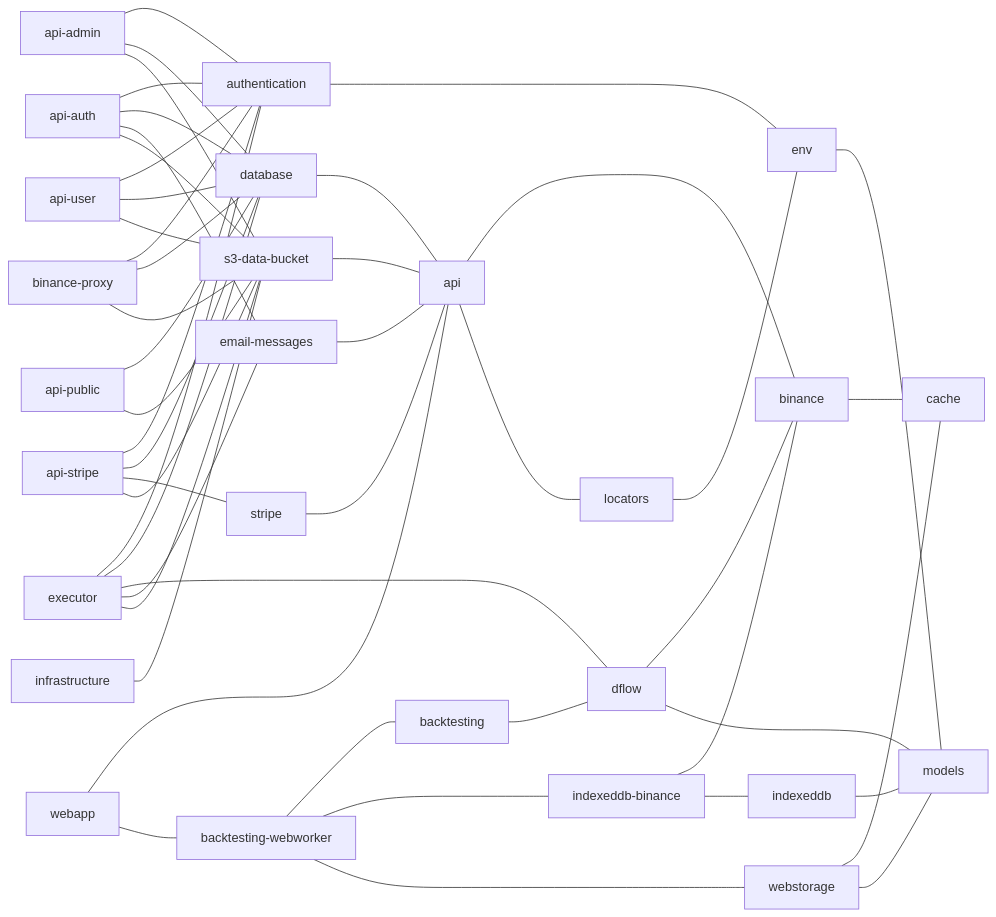
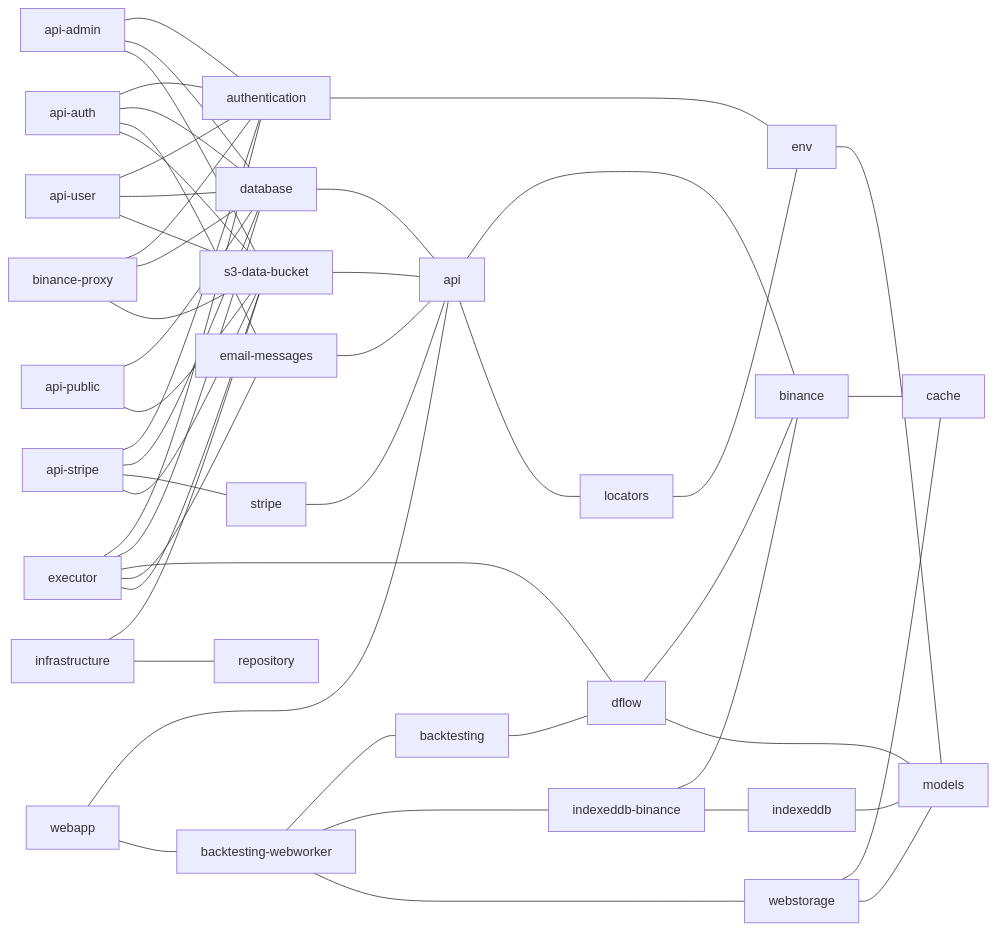
One commit to ggbot-org/ggbot changed the diagram in repository/docs/npm-dependencies.md. Above: the diagram before and after it, drawn with Mermaid. The commit also changed 19 other files, not shown here.

````diff
--- a/repository/docs/npm-dependencies.md
+++ b/repository/docs/npm-dependencies.md
@@ -6,51 +6,52 @@
 ```mermaid
 graph LR
     api --- binance
     api --- locators
     api-admin --- authentication
     api-admin --- database
     api-admin --- s3-data-bucket
     api-auth --- authentication
     api-auth --- database
     api-auth --- email-messages
     api-auth --- s3-data-bucket
     api-public --- database
     api-public --- s3-data-bucket
     api-stripe --- authentication
     api-stripe --- database
     api-stripe --- stripe
     api-stripe --- s3-data-bucket
     api-user --- authentication
     api-user --- database
     api-user --- s3-data-bucket
     authentication --- env
     backtesting --- dflow
     backtesting-webworker --- backtesting
     backtesting-webworker --- indexeddb-binance
     backtesting-webworker --- webstorage
     binance --- cache
     binance-proxy --- authentication
     binance-proxy --- database
     binance-proxy --- s3-data-bucket
     database --- api
     dflow --- binance
     dflow --- models
     email-messages --- api
     env --- models
     executor --- authentication
     executor --- database
     executor --- dflow
     executor --- email-messages
     executor --- s3-data-bucket
     indexeddb --- models
     indexeddb-binance --- binance
     indexeddb-binance --- indexeddb
     infrastructure --- s3-data-bucket
+    infrastructure --- repository
     locators --- env
     s3-data-bucket --- api
     stripe --- api
     webapp --- api
     webapp --- backtesting-webworker
     webstorage --- cache
     webstorage --- models
 ```
````
